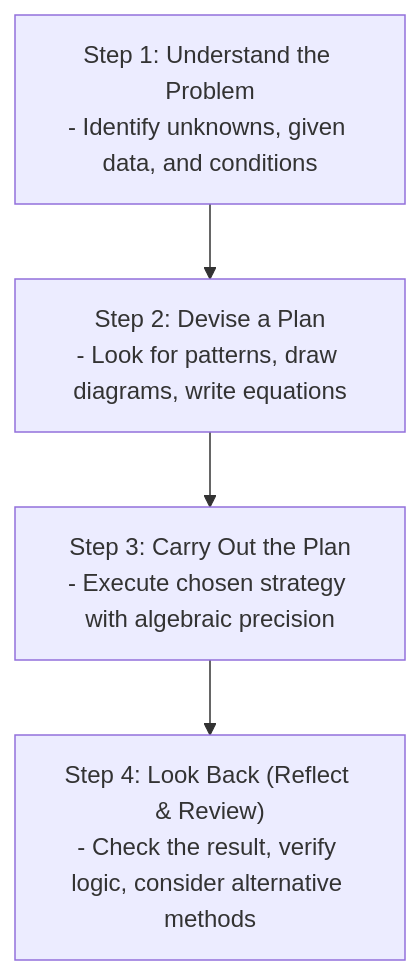
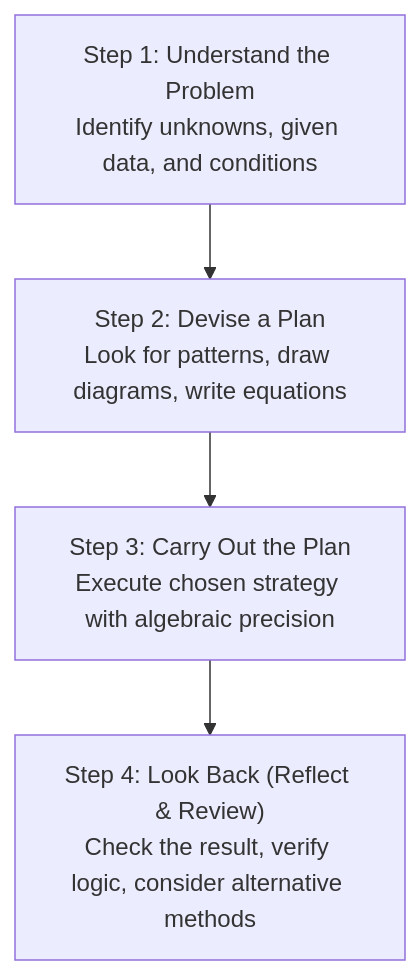
Before and after one commit to aidocmr/learn-bscs: the second of 2 diagrams in content/Year 1/Mathematics in the Modern World/3. Problem Solving Strategies and Reasoning.md, drawn with Mermaid. The commit also changed other lines of this file and 20 other files, not shown here.

First line of the commit message:
fix: Remove markdown lists and numbered prefixes from all Mermaid diagrams

````diff
--- a/content/Year 1/Mathematics in the Modern World/3. Problem Solving Strategies and Reasoning.md
+++ b/content/Year 1/Mathematics in the Modern World/3. Problem Solving Strategies and Reasoning.md
@@ -28,6 +28,6 @@
 ```mermaid
 flowchart TD
-    Step1["Step 1: Understand the Problem<br/>- Identify unknowns, given data, and conditions"] --> Step2["Step 2: Devise a Plan<br/>- Look for patterns, draw diagrams, write equations"]
-    Step2 --> Step3["Step 3: Carry Out the Plan<br/>- Execute chosen strategy with algebraic precision"]
-    Step3 --> Step4["Step 4: Look Back (Reflect & Review)<br/>- Check the result, verify logic, consider alternative methods"]
+    Step1["Step 1: Understand the Problem<br/>Identify unknowns, given data, and conditions"] --> Step2["Step 2: Devise a Plan<br/>Look for patterns, draw diagrams, write equations"]
+    Step2 --> Step3["Step 3: Carry Out the Plan<br/>Execute chosen strategy with algebraic precision"]
+    Step3 --> Step4["Step 4: Look Back (Reflect & Review)<br/>Check the result, verify logic, consider alternative methods"]
 ```
````
